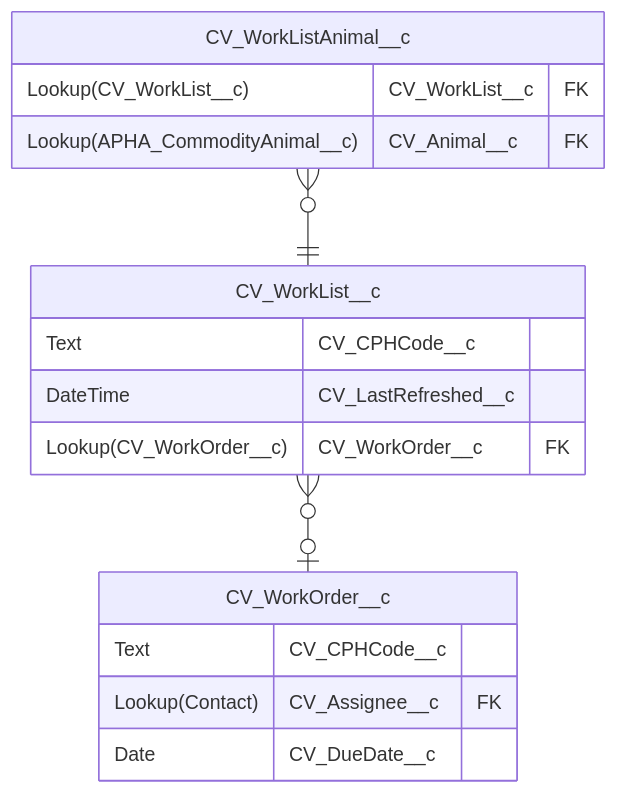
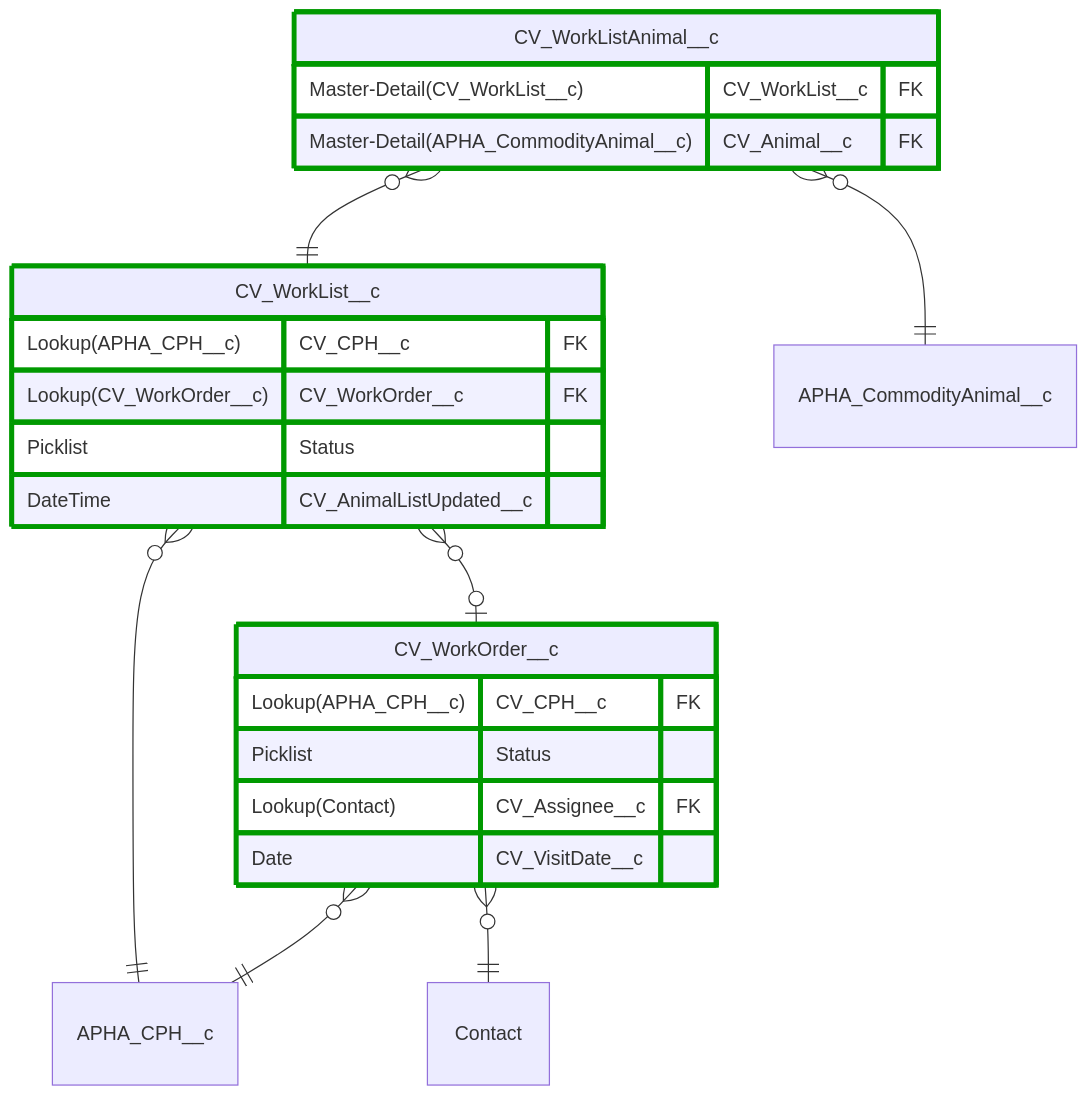
The third of 3 diagrams in technology/data-architecture/structure-view/README.md (DEFRA/cattle-vaccination-documentation), drawn with Mermaid before and after one commit. The commit also changed other lines of this file, not shown here.

Commit message:
Latest updates

````diff
--- a/technology/data-architecture/structure-view/README.md
+++ b/technology/data-architecture/structure-view/README.md
@@ -177,23 +180,31 @@
 ```mermaid
 erDiagram
   CV_WorkOrder__c {
-%%    Lookup(APHA_CPH__c) CV_CPH__c FK
-    Text CV_CPHCode__c
+    Lookup(APHA_CPH__c) CV_CPH__c FK
+    Picklist Status
     Lookup(Contact) CV_Assignee__c FK
-    Date CV_DueDate__c
+    Date CV_VisitDate__c
   }
 
   CV_WorkList__c {
-    Text CV_CPHCode__c
-    DateTime CV_LastRefreshed__c
+    Lookup(APHA_CPH__c) CV_CPH__c FK
     Lookup(CV_WorkOrder__c) CV_WorkOrder__c FK
+    Picklist Status
+    DateTime CV_AnimalListUpdated__c
   }
 
   CV_WorkListAnimal__c {
-    Lookup(CV_WorkList__c) CV_WorkList__c FK
-    Lookup(APHA_CommodityAnimal__c) CV_Animal__c FK
+    Master-Detail(CV_WorkList__c) CV_WorkList__c FK
+    Master-Detail(APHA_CommodityAnimal__c) CV_Animal__c FK
   }
 
+  CV_WorkOrder__c }o--|| APHA_CPH__c : ""
+  CV_WorkOrder__c }o--|| Contact : ""
+  CV_WorkList__c }o--|| APHA_CPH__c : ""
   CV_WorkList__c }o--o| CV_WorkOrder__c : ""
   CV_WorkListAnimal__c }o--|| CV_WorkList__c : ""
+  CV_WorkListAnimal__c }o--|| APHA_CommodityAnimal__c : ""
+
+  style CV_WorkOrder__c,CV_WorkList__c,CV_WorkListAnimal__c stroke:#090,stroke-width:4px
+
 ```
````
